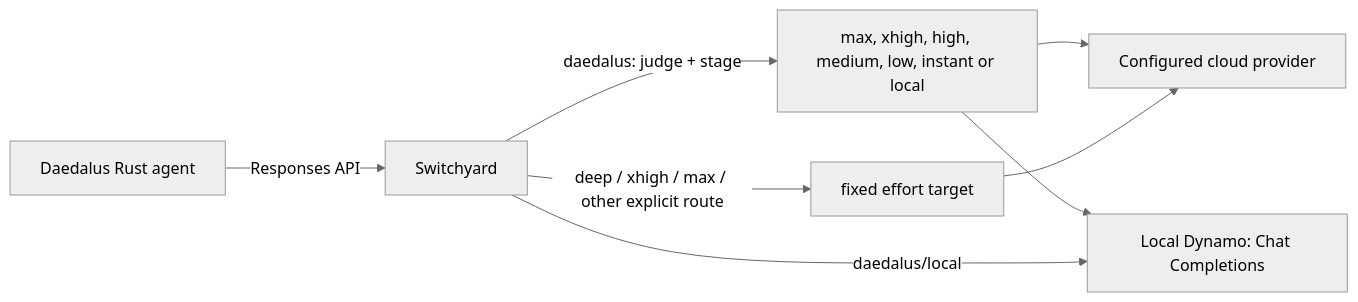
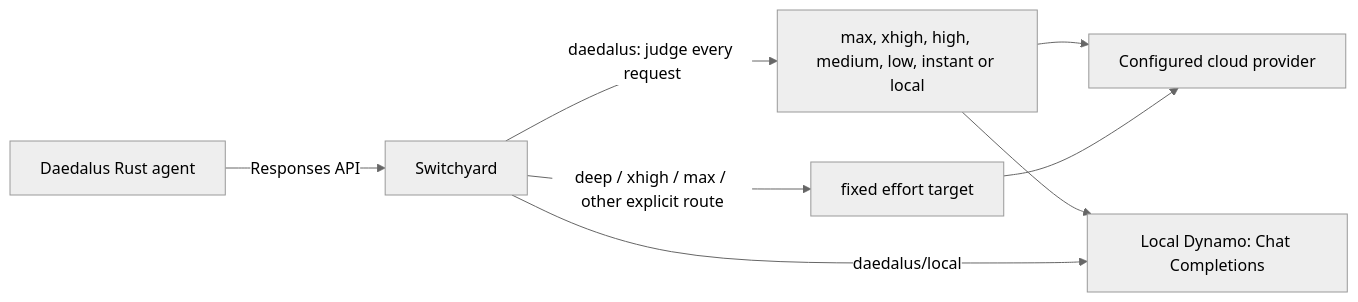
Before and after one commit to tuttlebr/daedalus-switchyard: the diagram in README.md, drawn with Mermaid (neutral theme). The commit also changed other lines of this file and 15 other files, not shown here.

````diff
--- a/README.md
+++ b/README.md
@@ -53,10 +53,10 @@
 ```mermaid
 flowchart LR
   A[Daedalus Rust agent] -->|Responses API| B[Switchyard]
-  B -->|daedalus: judge + stage| C[max, xhigh, high, medium, low, instant or local]
+  B -->|daedalus: judge every request| C[max, xhigh, high, medium, low, instant or local]
   B -->|deep / xhigh / max / other explicit route| D[fixed effort target]
   C --> E[Configured cloud provider]
   C --> F[Local Dynamo: Chat Completions]
   D --> E
   B -->|daedalus/local| F
 ```
````
